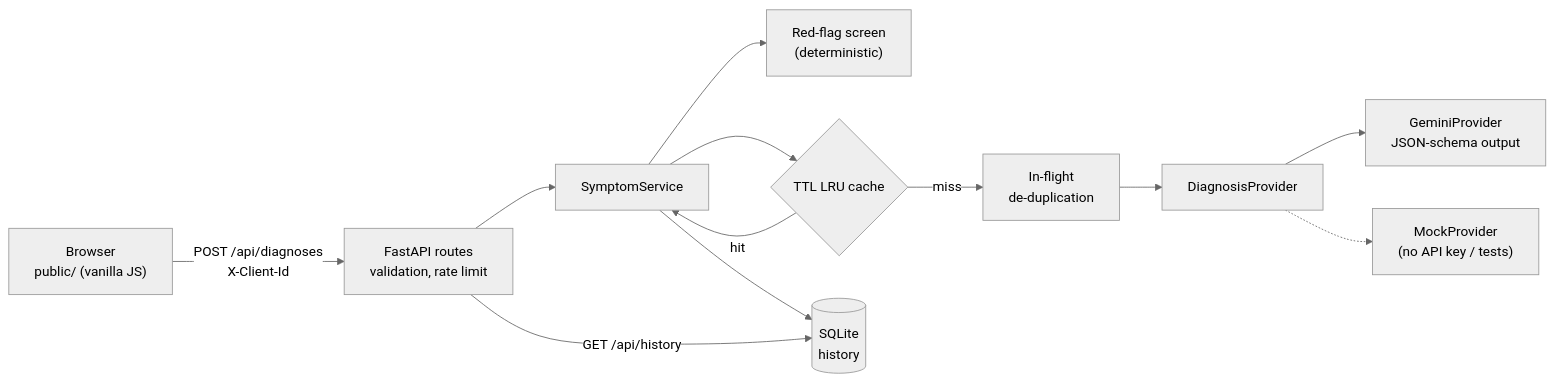
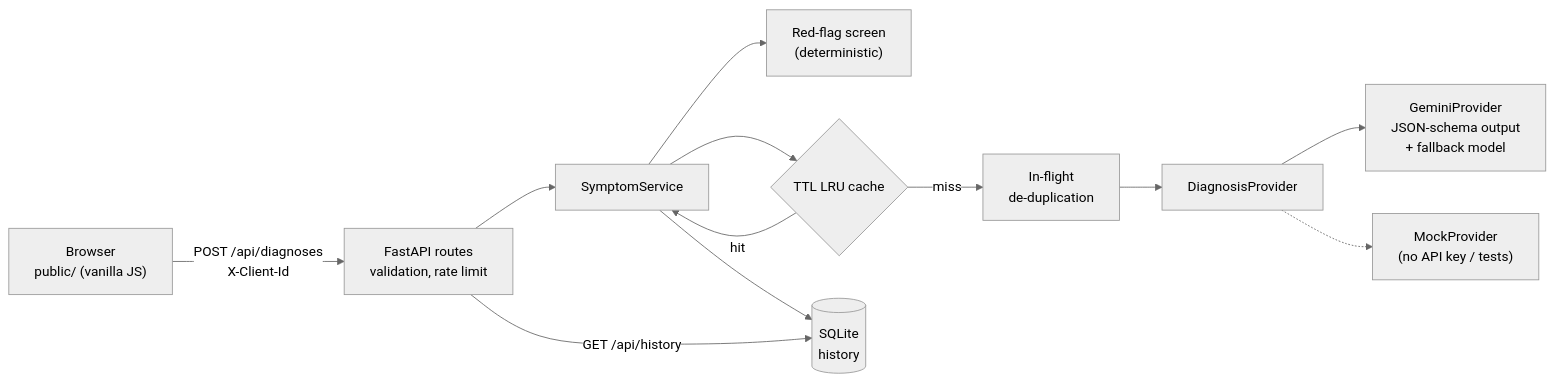
Before and after one commit to sricharanreddy20/healthai-symptom-checker: the diagram in README.md, drawn with Mermaid (neutral theme). The commit also changed other lines of this file, not shown here.

Commit message:
Document model comparison, fallback and live test results

````diff
--- a/README.md
+++ b/README.md
@@ -46,13 +46,13 @@
 ```mermaid
 flowchart LR
   UI["Browser<br/>public/ (vanilla JS)"] -- "POST /api/diagnoses<br/>X-Client-Id" --> R["FastAPI routes<br/>validation, rate limit"]
   R --> S["SymptomService"]
   S --> RF["Red-flag screen<br/>(deterministic)"]
   S --> C{"TTL LRU cache"}
   C -- hit --> S
   C -- miss --> IF["In-flight<br/>de-duplication"] --> P["DiagnosisProvider"]
-  P --> G["GeminiProvider<br/>JSON-schema output"]
+  P --> G["GeminiProvider<br/>JSON-schema output<br/>+ fallback model"]
   P -.-> M["MockProvider<br/>(no API key / tests)"]
   S --> H[("SQLite<br/>history")]
   R -- "GET /api/history" --> H
 ```
````
